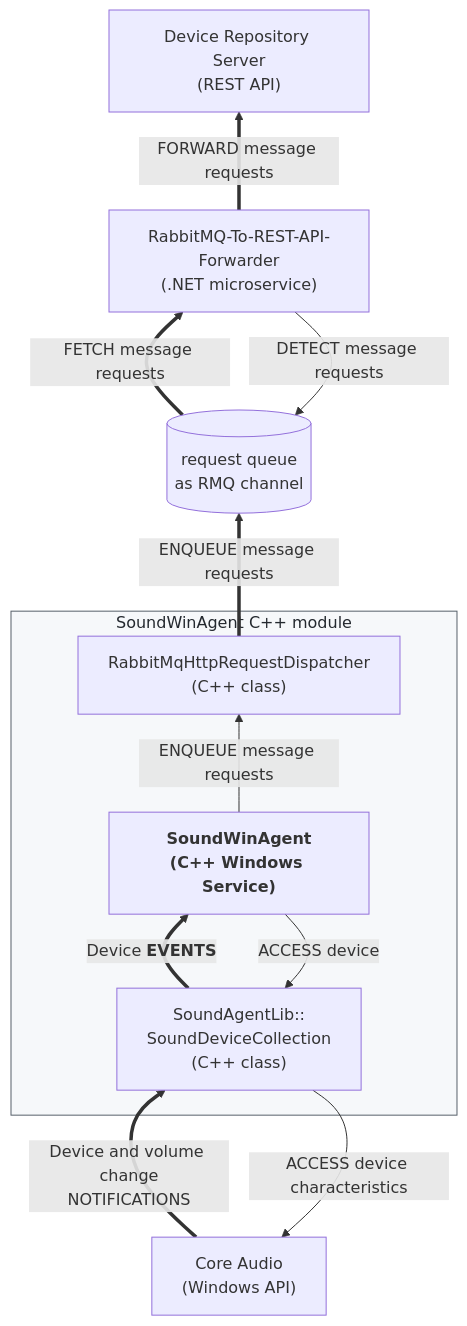
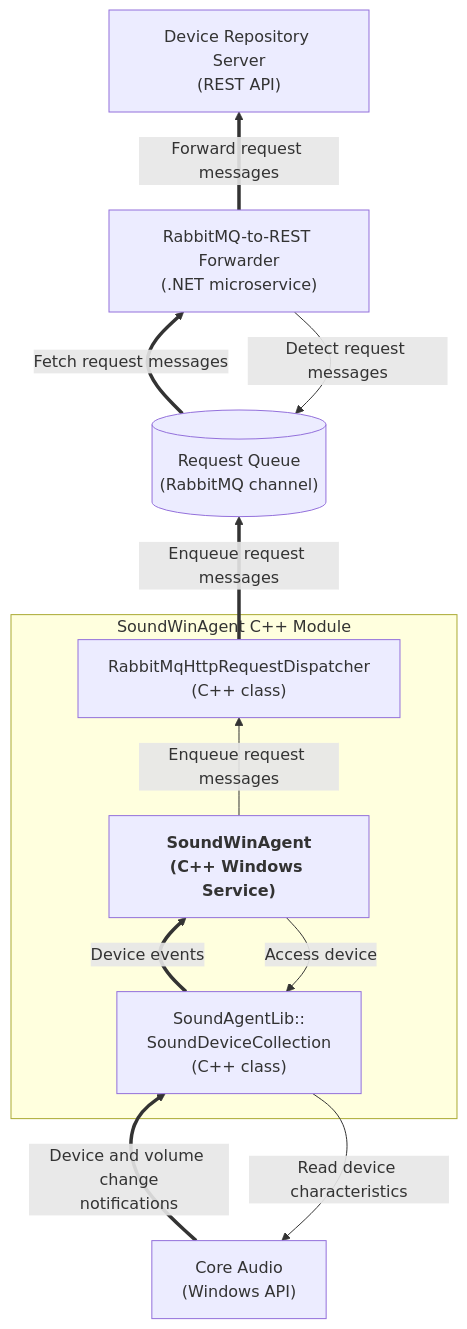
The diagram in docs/module-interaction02-pred01.mmd (collect-sound-devices/win-sound-scanner-go), drawn with Mermaid before and after one commit. The commit also changed 2 other files, not shown here.

Commit message:
refactor: improve name clarity in module interaction diagrams

```diff
--- a/docs/module-interaction02-pred01.mmd
+++ b/docs/module-interaction02-pred01.mmd
@@ -1,30 +1,29 @@
 flowchart BT
 
-WIN["Core Audio<br>(Windows API)"]
+coreAudioApi["Core Audio<br>(Windows API)"]
 
-subgraph BCK["SoundWinAgent C++ module"]
-	LIB["SoundAgentLib::<br>SoundDeviceCollection<br>(C++ class)"]
-	APP["<b>SoundWinAgent<br>(C++ Windows Service)</b>"]
-	RMQDISP["RabbitMqHttpRequestDispatcher<br>(C++ class)"]
+subgraph soundWinAgentModule["SoundWinAgent C++ Module"]
+    soundDeviceCollection["SoundAgentLib::<br>SoundDeviceCollection<br>(C++ class)"]
+    soundWinAgentService["<b>SoundWinAgent<br>(C++ Windows Service)</b>"]
+    rabbitMqHttpRequestDispatcher["RabbitMqHttpRequestDispatcher<br>(C++ class)"]
 
-	APP --> |ACCESS device| LIB
-	LIB ==> |Device <b>EVENTS</b>| APP
+    soundWinAgentService --> |Access device| soundDeviceCollection
+    soundDeviceCollection ==> |Device events| soundWinAgentService
 
-	APP --> |ENQUEUE message requests| RMQDISP
+    soundWinAgentService --> |Enqueue request messages| rabbitMqHttpRequestDispatcher
 end
-style BCK fill:#f6f8fa,stroke:#57606a,color:#24292f
 
-WIN ==> |Device and volume change<br>NOTIFICATIONS| LIB
-LIB --> |ACCESS device characteristics| WIN
+coreAudioApi ==> |Device and volume change<br>notifications| soundDeviceCollection
+soundDeviceCollection --> |Read device characteristics| coreAudioApi
 
-CHAN[("request queue<br>as RMQ channel")]
-FWD["RabbitMQ-To-REST-API-Forwarder<br>(.NET microservice)"]
-API["Device Repository Server<br>(REST API)"]
+requestQueue[("Request Queue<br>(RabbitMQ channel)")]
+rabbitMqRestForwarder["RabbitMQ-to-REST Forwarder<br>(.NET microservice)"]
+deviceRepositoryApi["Device Repository Server<br>(REST API)"]
 
-RMQDISP ==> |ENQUEUE message requests| CHAN
+rabbitMqHttpRequestDispatcher ==> |Enqueue request messages| requestQueue
 
 
-CHAN ==> |FETCH message requests| FWD
-FWD --> |DETECT message requests| CHAN
+requestQueue ==> |Fetch request messages| rabbitMqRestForwarder
+rabbitMqRestForwarder --> |Detect request messages| requestQueue
 
-FWD ==> |FORWARD message requests| API
+rabbitMqRestForwarder ==> |Forward request messages| deviceRepositoryApi
```
